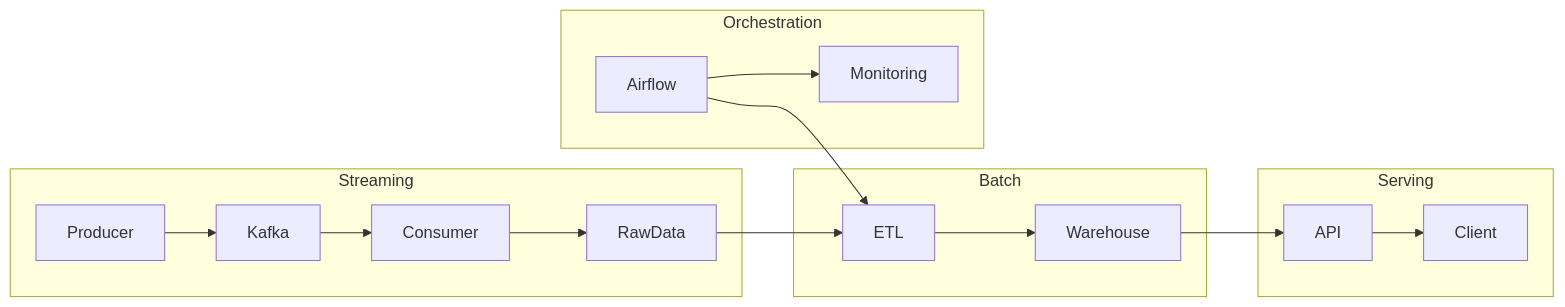
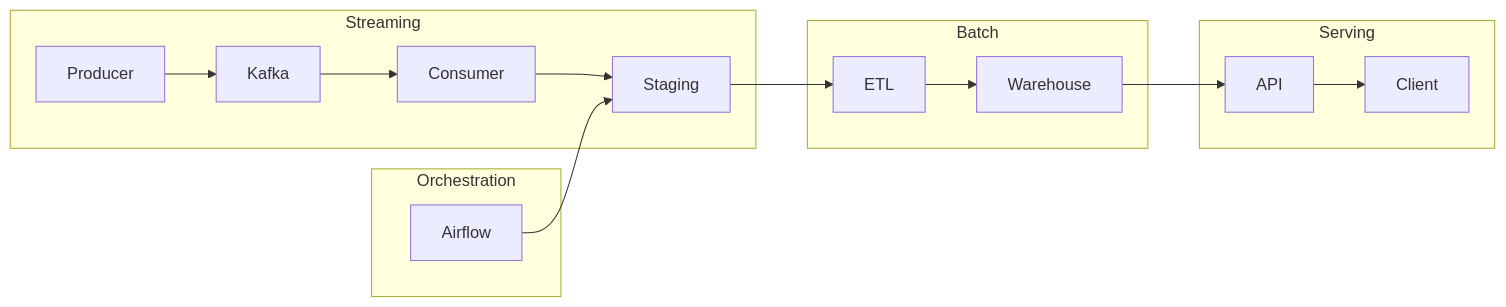
The diagram in README.md (Chu-Thana/vendor-payments-streaming-pipeline), drawn with Mermaid before and after one commit. The commit also changed other lines of this file, not shown here.

First line of the commit message:
feat(readme): finalize Kafka streaming pipeline with monitoring and observability

````diff
--- a/README.md
+++ b/README.md
@@ -20,20 +24,19 @@
 ```mermaid
 flowchart LR
 
 subgraph Streaming
-    Producer --> Kafka --> Consumer --> RawData
+    Producer --> Kafka --> Consumer --> Staging
+end
+
+subgraph Orchestration
+    Airflow --> Staging
 end
 
 subgraph Batch
-    RawData --> ETL --> Warehouse
+    Staging --> ETL --> Warehouse
 end
 
 subgraph Serving
     Warehouse --> API --> Client
 end
-
-subgraph Orchestration
-    Airflow --> ETL
-    Airflow --> Monitoring
-end
 ```
````
